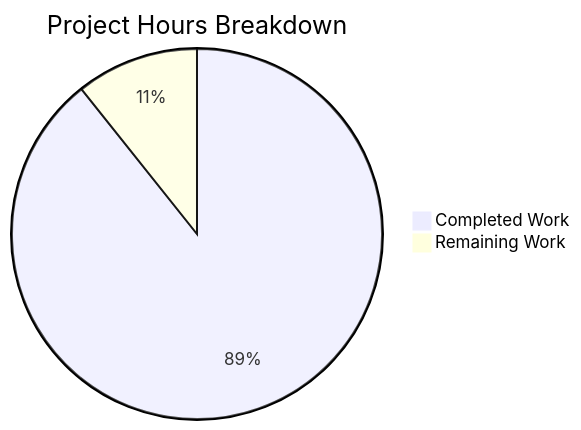
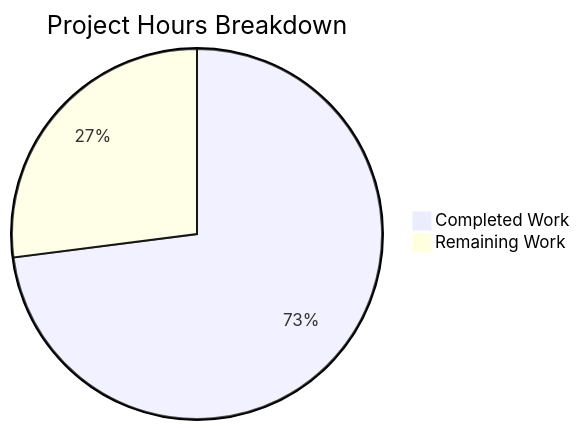
One commit to Sandeep01Kumar/09-dec-Existing-product-repo-04 changed the diagram in blitzy/documentation/Project Guide.md. Above: the diagram before and after it, drawn with Mermaid. The commit also changed other lines of this file, not shown here.

Commit message:
Adding Blitzy Project Guide: Project Status and Human Tasks Remaining

````diff
--- a/blitzy/documentation/Project Guide.md
+++ b/blitzy/documentation/Project Guide.md
@@ -29,5 +28,5 @@
 ```mermaid
 pie title Project Hours Breakdown
-    "Completed Work" : 50
-    "Remaining Work" : 6
+    "Completed Work" : 27
+    "Remaining Work" : 10
 ```
````
